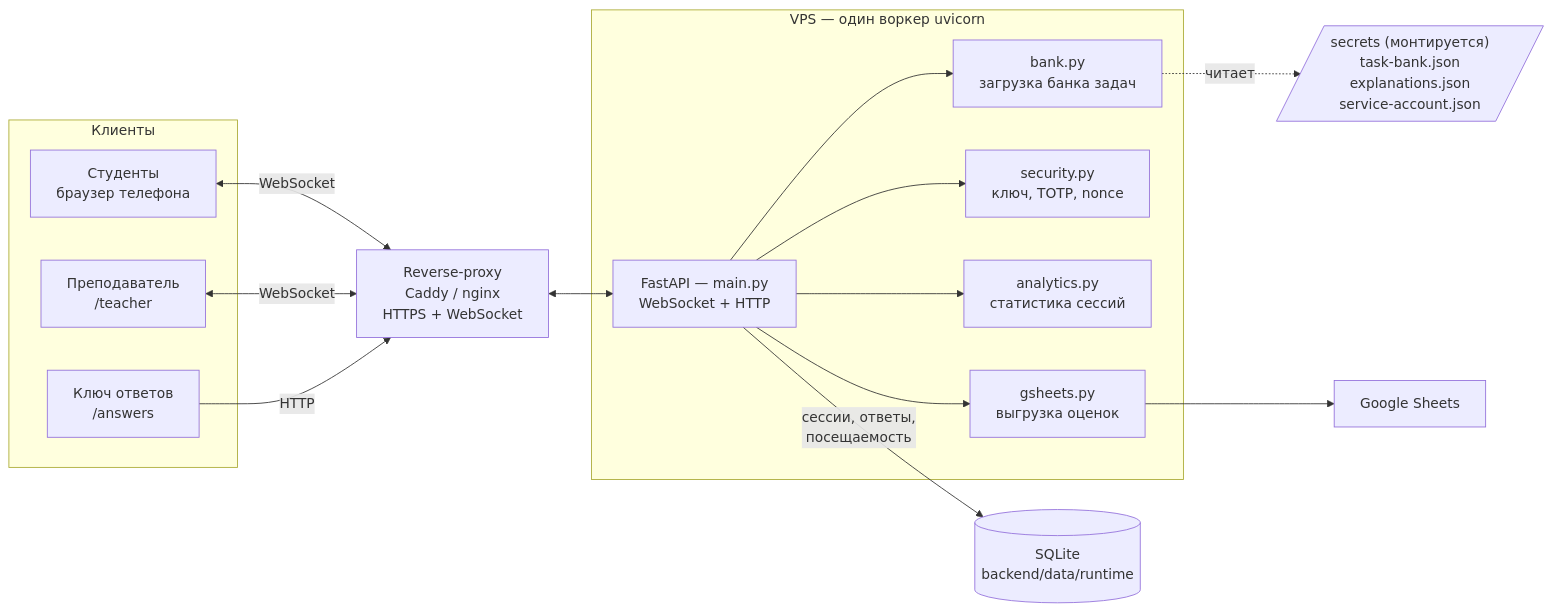
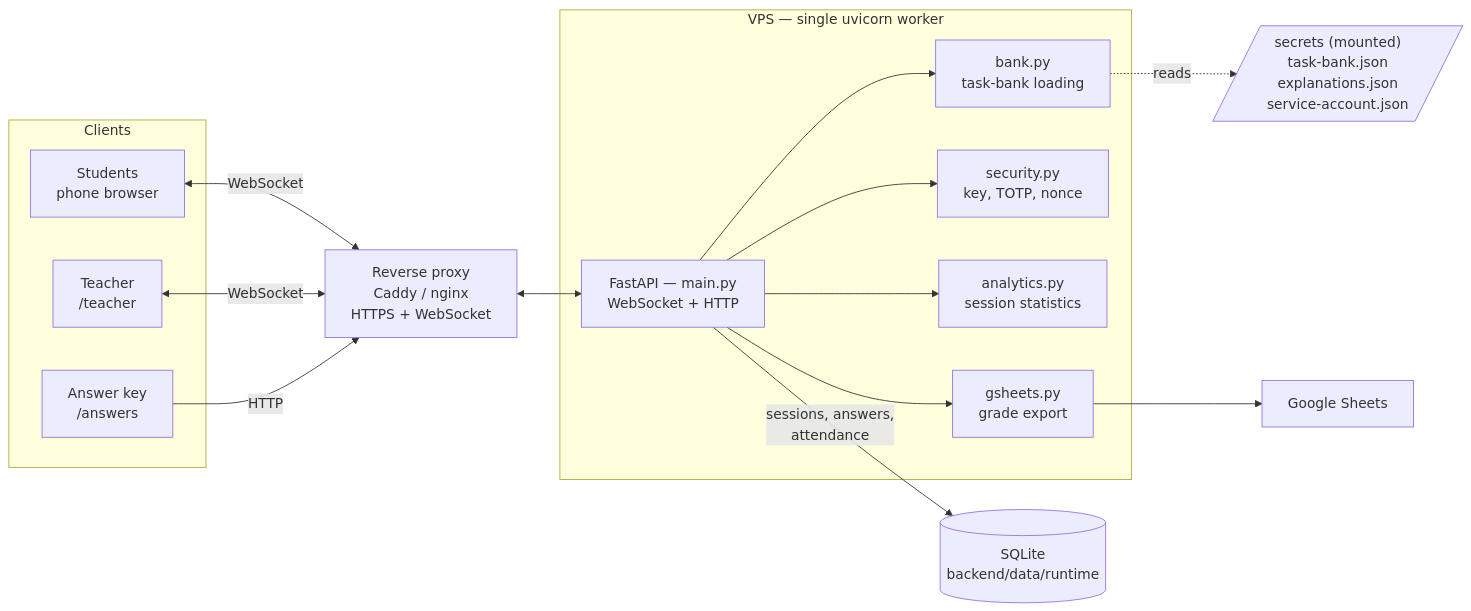
Before and after one commit to 21astroboy/Algoclimb: the diagram in README.md, drawn with Mermaid. The commit also changed other lines of this file, not shown here.

````diff
--- a/README.md
+++ b/README.md
@@ -20,34 +60,34 @@
 ```mermaid
 flowchart LR
-    subgraph clients["Клиенты"]
-        S["Студенты<br/>браузер телефона"]
-        T["Преподаватель<br/>/teacher"]
-        A["Ключ ответов<br/>/answers"]
+    subgraph clients["Clients"]
+        S["Students<br/>phone browser"]
+        T["Teacher<br/>/teacher"]
+        A["Answer key<br/>/answers"]
     end
 
-    RP["Reverse-proxy<br/>Caddy / nginx<br/>HTTPS + WebSocket"]
+    RP["Reverse proxy<br/>Caddy / nginx<br/>HTTPS + WebSocket"]
 
-    subgraph server["VPS — один воркер uvicorn"]
+    subgraph server["VPS — single uvicorn worker"]
         APP["FastAPI — main.py<br/>WebSocket + HTTP"]
-        BANK["bank.py<br/>загрузка банка задач"]
-        SEC["security.py<br/>ключ, TOTP, nonce"]
-        AN["analytics.py<br/>статистика сессий"]
-        GS["gsheets.py<br/>выгрузка оценок"]
+        BANK["bank.py<br/>task-bank loading"]
+        SEC["security.py<br/>key, TOTP, nonce"]
+        AN["analytics.py<br/>session statistics"]
+        GS["gsheets.py<br/>grade export"]
     end
 
     DB[("SQLite<br/>backend/data/runtime")]
-    SECRETS[/"secrets (монтируется)<br/>task-bank.json<br/>explanations.json<br/>service-account.json"/]
+    SECRETS[/"secrets (mounted)<br/>task-bank.json<br/>explanations.json<br/>service-account.json"/]
     SHEETS["Google Sheets"]
 
     S <-->|WebSocket| RP
     T <-->|WebSocket| RP
     A -->|HTTP| RP
     RP <--> APP
     APP --> BANK
     APP --> SEC
     APP --> AN
     APP --> GS
-    BANK -.читает.-> SECRETS
-    APP -->|"сессии, ответы,<br/>посещаемость"| DB
+    BANK -.reads.-> SECRETS
+    APP -->|"sessions, answers,<br/>attendance"| DB
     GS --> SHEETS
 ```
````
